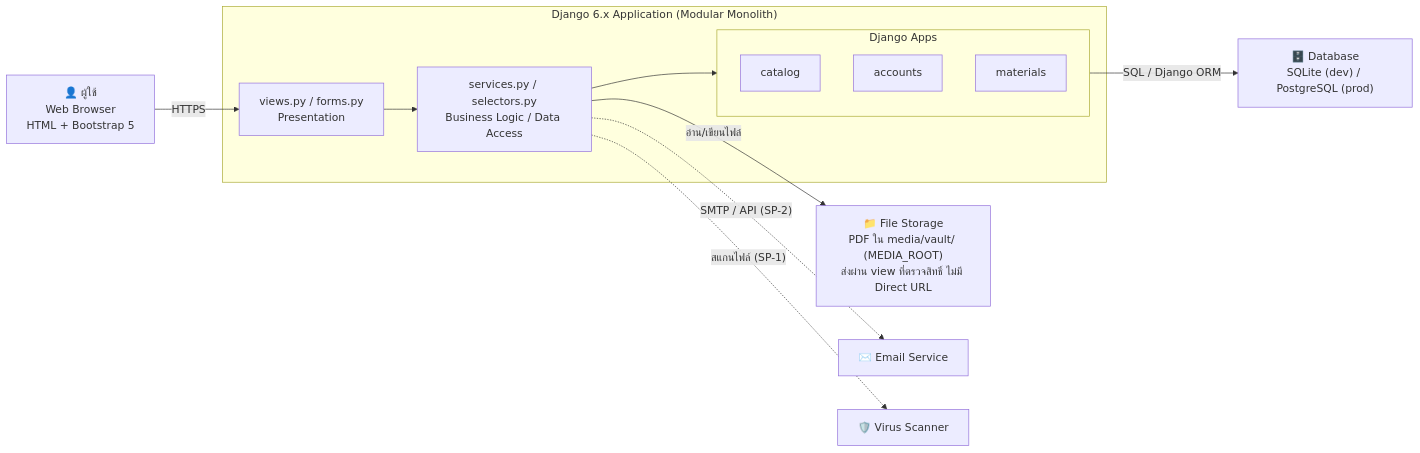
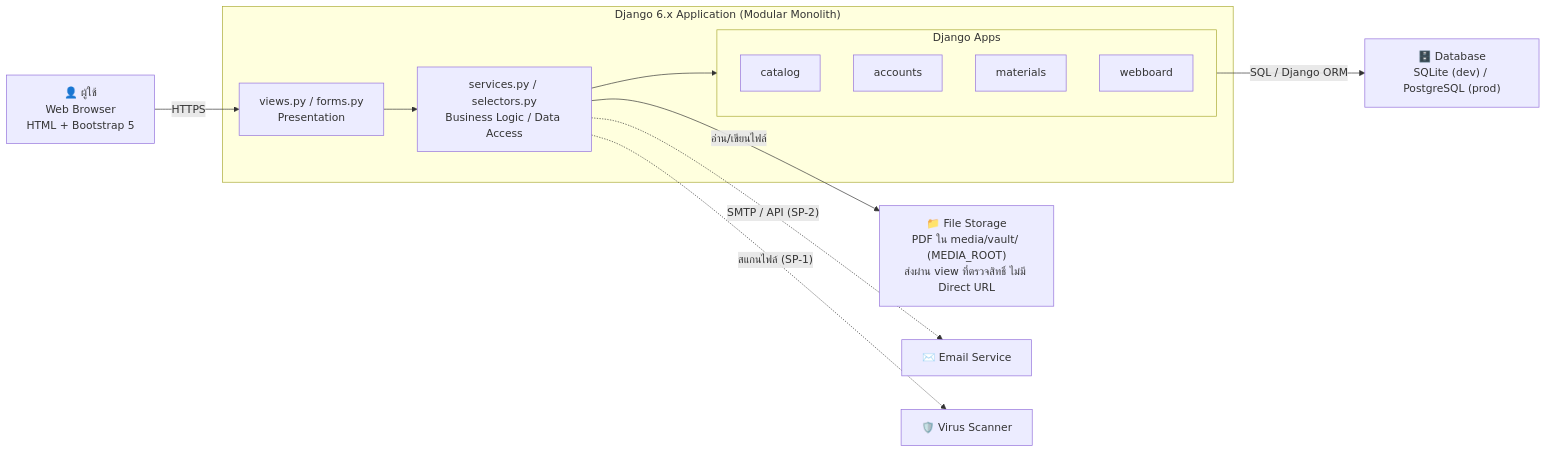
One commit to Jupiter4428/cntagram changed the second of 4 diagrams in README.md. Above: the diagram before and after it, drawn with Mermaid. The commit also changed other lines of this file and 18 other files, not shown here.

````diff
--- a/README.md
+++ b/README.md
@@ -67,25 +106,26 @@
 ```mermaid
 flowchart LR
     U["👤 ผู้ใช้<br/>Web Browser<br/>HTML + Bootstrap 5"]
     subgraph APP["Django 6.x Application (Modular Monolith)"]
         V["views.py / forms.py<br/>Presentation"]
         SV["services.py / selectors.py<br/>Business Logic / Data Access"]
         V --> SV
         subgraph APPS["Django Apps"]
             CAT["catalog"]
             ACC["accounts"]
             MAT["materials"]
+            WEB["webboard"]
         end
         SV --> APPS
     end
     DB["🗄️ Database<br/>SQLite (dev) / PostgreSQL (prod)"]
     FS["📁 File Storage<br/>PDF ใน media/vault/ (MEDIA_ROOT)<br/>ส่งผ่าน view ที่ตรวจสิทธิ์ ไม่มี Direct URL"]
     MAIL["✉️ Email Service"]
     AV["🛡️ Virus Scanner"]
 
     U -- "HTTPS" --> V
     APPS -- "SQL / Django ORM" --> DB
     SV -- "อ่าน/เขียนไฟล์" --> FS
     SV -. "SMTP / API (SP-2)" .-> MAIL
     SV -. "สแกนไฟล์ (SP-1)" .-> AV
 ```
````
